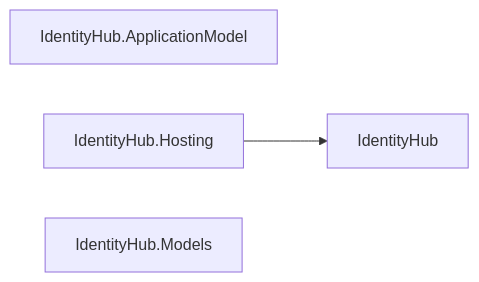
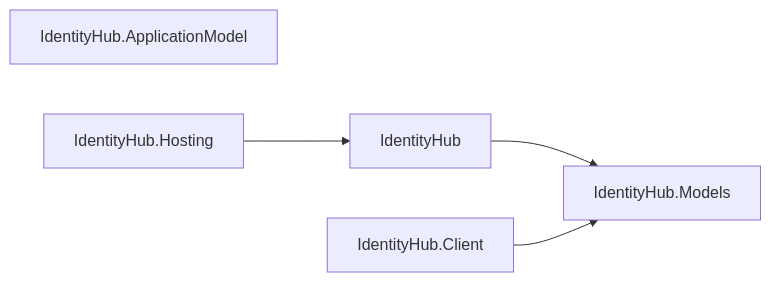
Before and after one commit to assimalign/cohesion: diagram 17 of 28 in docs/DEPENDENCIES.md, drawn with Mermaid. The commit also changed other lines of this file and 311 other files, not shown here.

````diff
--- a/docs/DEPENDENCIES.md
+++ b/docs/DEPENDENCIES.md
@@ -749,8 +749,11 @@
 ```mermaid
 flowchart LR
     N0["IdentityHub"]
     N1["IdentityHub.ApplicationModel"]
-    N2["IdentityHub.Hosting"]
-    N3["IdentityHub.Models"]
-    N2 --> N0
+    N2["IdentityHub.Client"]
+    N3["IdentityHub.Hosting"]
+    N4["IdentityHub.Models"]
+    N0 --> N4
+    N2 --> N4
+    N3 --> N0
 ```
````
